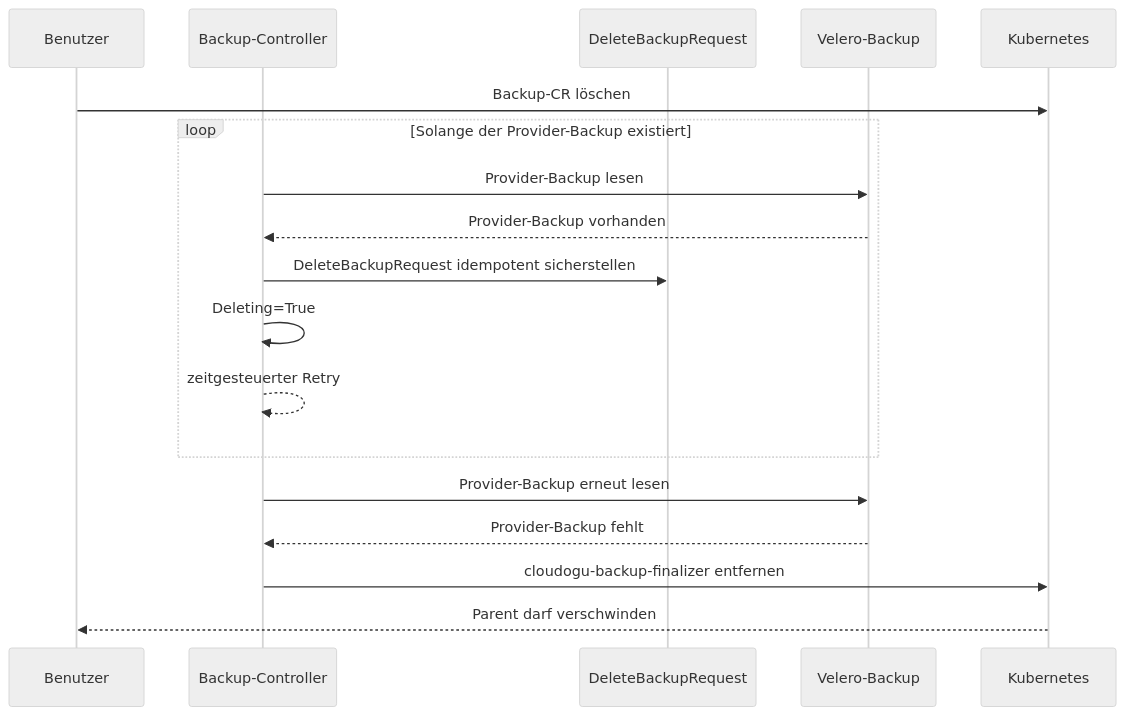
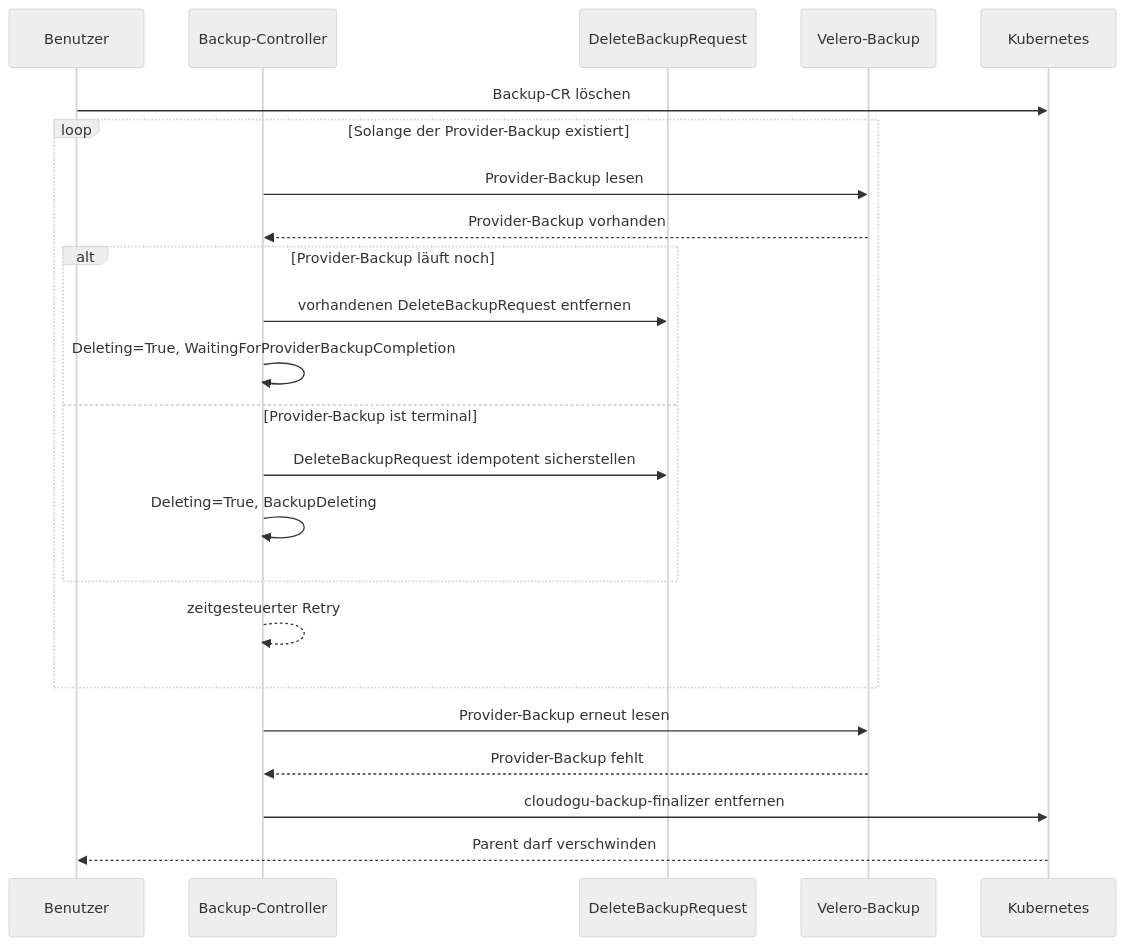
The fifth of 5 diagrams in docs/development/backup/backup_process_de.MD (cloudogu/k8s-backup-operator), drawn with Mermaid (neutral theme) before and after one commit. The commit also changed other lines of this file and 2 other files, not shown here.

Commit message:
[129] do not delete velero backup if it is in progress.

````diff
--- a/docs/development/backup/backup_process_de.MD
+++ b/docs/development/backup/backup_process_de.MD
@@ -289,23 +289,28 @@
 ```mermaid
 sequenceDiagram
     participant U as Benutzer
     participant B as Backup-Controller
     participant D as DeleteBackupRequest
     participant V as Velero-Backup
     participant K as Kubernetes
 
     U->>K: Backup-CR löschen
 
     loop Solange der Provider-Backup existiert
         B->>V: Provider-Backup lesen
         V-->>B: Provider-Backup vorhanden
-        B->>D: DeleteBackupRequest idempotent sicherstellen
-        B->>B: Deleting=True
+        alt Provider-Backup läuft noch
+            B->>D: vorhandenen DeleteBackupRequest entfernen
+            B->>B: Deleting=True, WaitingForProviderBackupCompletion
+        else Provider-Backup ist terminal
+            B->>D: DeleteBackupRequest idempotent sicherstellen
+            B->>B: Deleting=True, BackupDeleting
+        end
         B-->>B: zeitgesteuerter Retry
     end
 
     B->>V: Provider-Backup erneut lesen
     V-->>B: Provider-Backup fehlt
     B->>K: cloudogu-backup-finalizer entfernen
     K-->>U: Parent darf verschwinden
 ```
````
